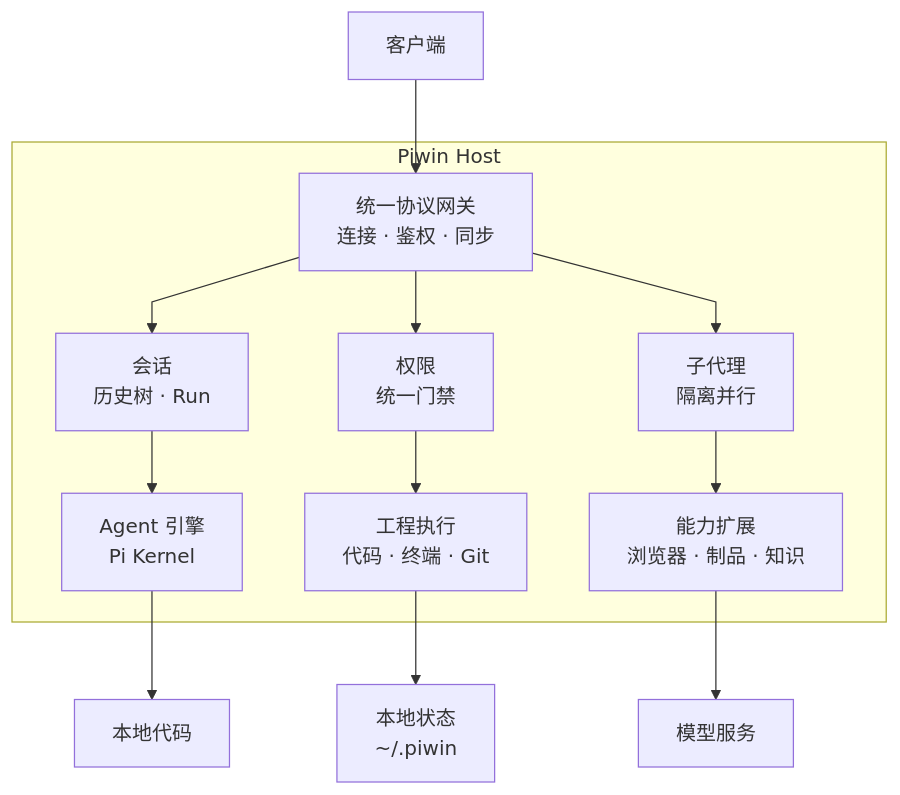
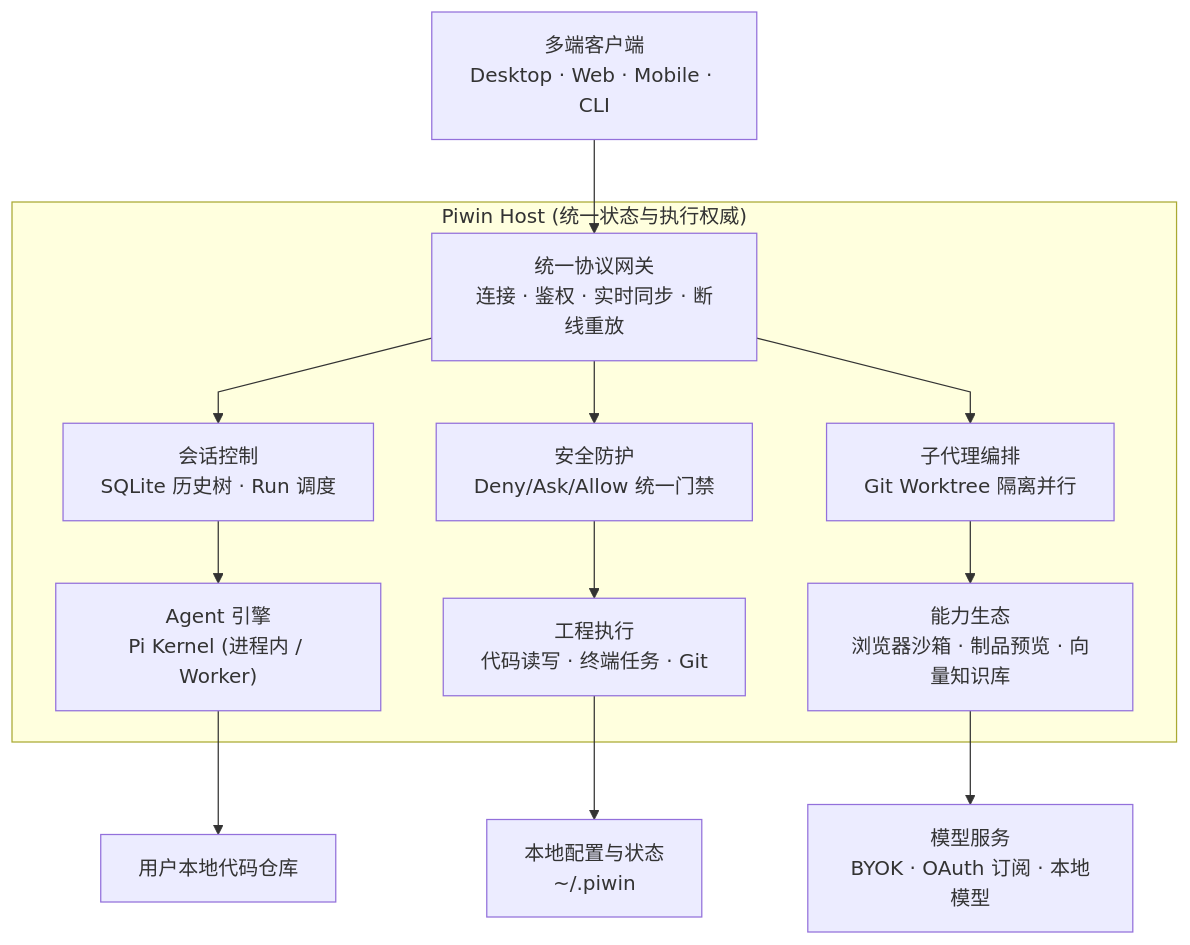
The diagram in README.md (mimimaster/piwin), drawn with Mermaid before and after one commit. The commit also changed other lines of this file and 247 other files, not shown here.

````diff
--- a/README.md
+++ b/README.md
@@ -35,31 +39,31 @@
 ```mermaid
 %%{init: {'flowchart': {'curve': 'linear'}}}%%
 flowchart TB
-    Client["客户端"]
+    Client["多端客户端<br/>Desktop · Web · Mobile · CLI"]
 
-    subgraph Host["Piwin Host"]
-        Gateway["统一协议网关<br/>连接 · 鉴权 · 同步"]
+    subgraph Host["Piwin Host (统一状态与执行权威)"]
+        Gateway["统一协议网关<br/>连接 · 鉴权 · 实时同步 · 断线重放"]
 
-        Session["会话<br/>历史树 · Run"]
-        Security["权限<br/>统一门禁"]
-        Subagent["子代理<br/>隔离并行"]
+        Session["会话控制<br/>SQLite 历史树 · Run 调度"]
+        Security["安全防护<br/>Deny/Ask/Allow 统一门禁"]
+        Subagent["子代理编排<br/>Git Worktree 隔离并行"]
 
-        Engine["Agent 引擎<br/>Pi Kernel"]
-        Work["工程执行<br/>代码 · 终端 · Git"]
-        Ext["能力扩展<br/>浏览器 · 制品 · 知识"]
+        Engine["Agent 引擎<br/>Pi Kernel (进程内 / Worker)"]
+        Work["工程执行<br/>代码读写 · 终端任务 · Git"]
+        Ext["能力生态<br/>浏览器沙箱 · 制品预览 · 向量知识库"]
 
         Gateway --> Session & Security & Subagent
         Session --> Engine
         Security --> Work
         Subagent --> Ext
     end
 
-    Code["本地代码"]
-    State["本地状态<br/>~/.piwin"]
-    Model["模型服务"]
+    Code["用户本地代码仓库"]
+    State["本地配置与状态<br/>~/.piwin"]
+    Model["模型服务<br/>BYOK · OAuth 订阅 · 本地模型"]
 
     Client --> Gateway
     Engine --> Code
     Work --> State
     Ext --> Model
 ```
````
